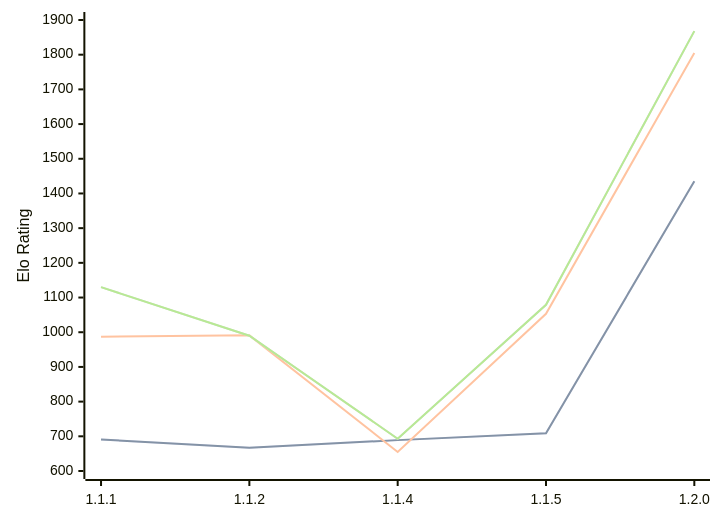
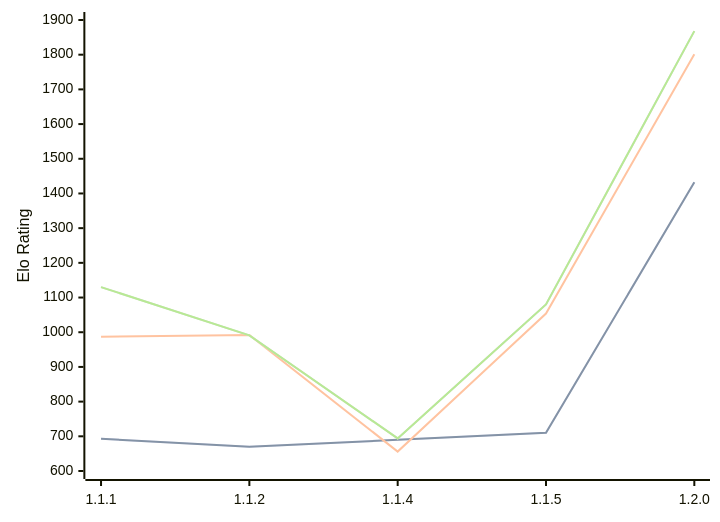
The diagram in engines/ChessCore.md (computer-chess-index/cci), drawn with Mermaid before and after one commit. The commit also changed other lines of this file, not shown here.

Commit message:
Update CCI Ratings (ELO VLTC) - 2026-08-27

````diff
--- a/engines/ChessCore.md
+++ b/engines/ChessCore.md
@@ -36,11 +36,11 @@
 ```mermaid
 %%{init: {"theme":"base","themeVariables":{"seriesColors:['#a3a3a3','#222221','#faa371']}}}%%
 xychart-beta
   x-axis ["1.1.1", "1.1.2", "1.1.4", "1.1.5", "1.2.0"]
   y-axis "Elo Rating" 600 --> 1900
-  line "STC (8.0+0.08s)" [691, 667, 689, 709, 1435]
-  line "STC (8.0+0.08s)" [691, 667, 689, 709, 1435]
-  line "LTC (60.0+0.60s)" [987, 991, 655, 1053, 1805]
-  line "VLTC (2m24s+1.12s)" [1130, 990, 693, 1079, 1868]
-  line "VLTC (2m24s+1.12s)" [1130, 990, 693, 1079, 1868]
+  line "STC (8.0+0.08s)" [693, 670, 690, 710, 1432]
+  line "STC (8.0+0.08s)" [693, 670, 690, 710, 1432]
+  line "LTC (60.0+0.60s)" [987, 992, 656, 1054, 1801]
+  line "VLTC (2m24s+1.12s)" [1130, 991, 694, 1080, 1868]
+  line "VLTC (2m24s+1.12s)" [1130, 991, 694, 1080, 1868]
 ```
````
